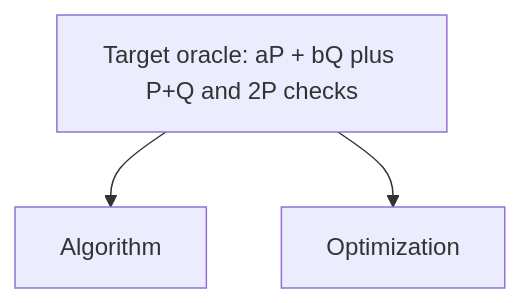
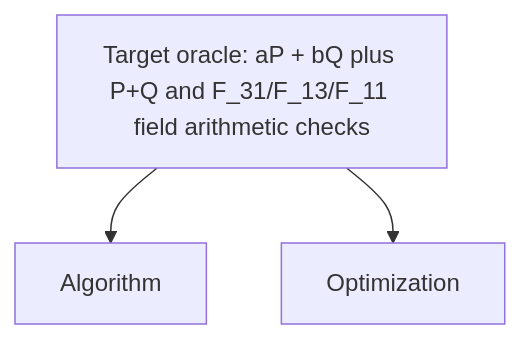
Before and after one commit to ecdlp-contest/ecdlp-5-bit: the diagram in README.md, drawn with Mermaid. The commit also changed other lines of this file and 9 other files, not shown here.

Commit message:
add more field arithmetic checks

````diff
--- a/README.md
+++ b/README.md
@@ -218,9 +247,9 @@
 ```mermaid
 flowchart TD
-  Target["Target oracle: aP + bQ plus P+Q and 2P checks"]
+  Target["Target oracle: aP + bQ plus P+Q and F_31/F_13/F_11 field arithmetic checks"]
   Algorithm["Algorithm"]
   Optimization["Optimization"]
 
   Target --> Algorithm
   Target --> Optimization
 ```
````
